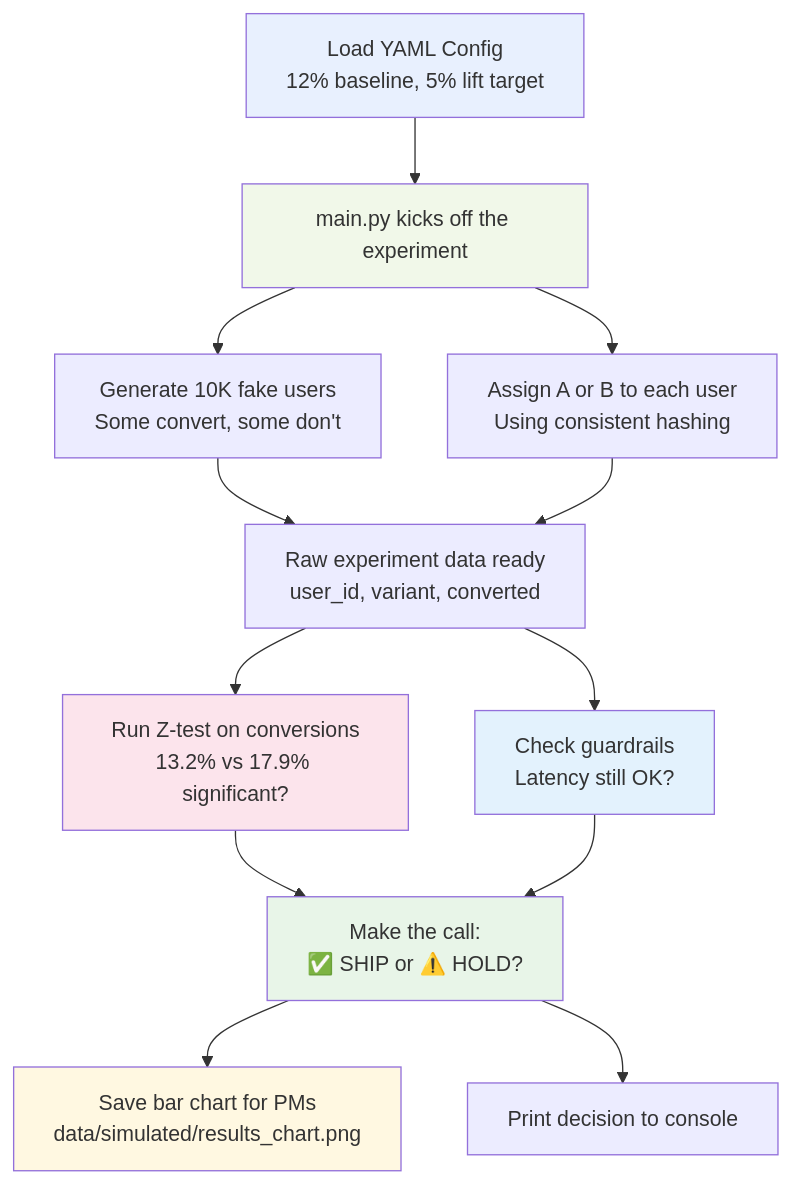
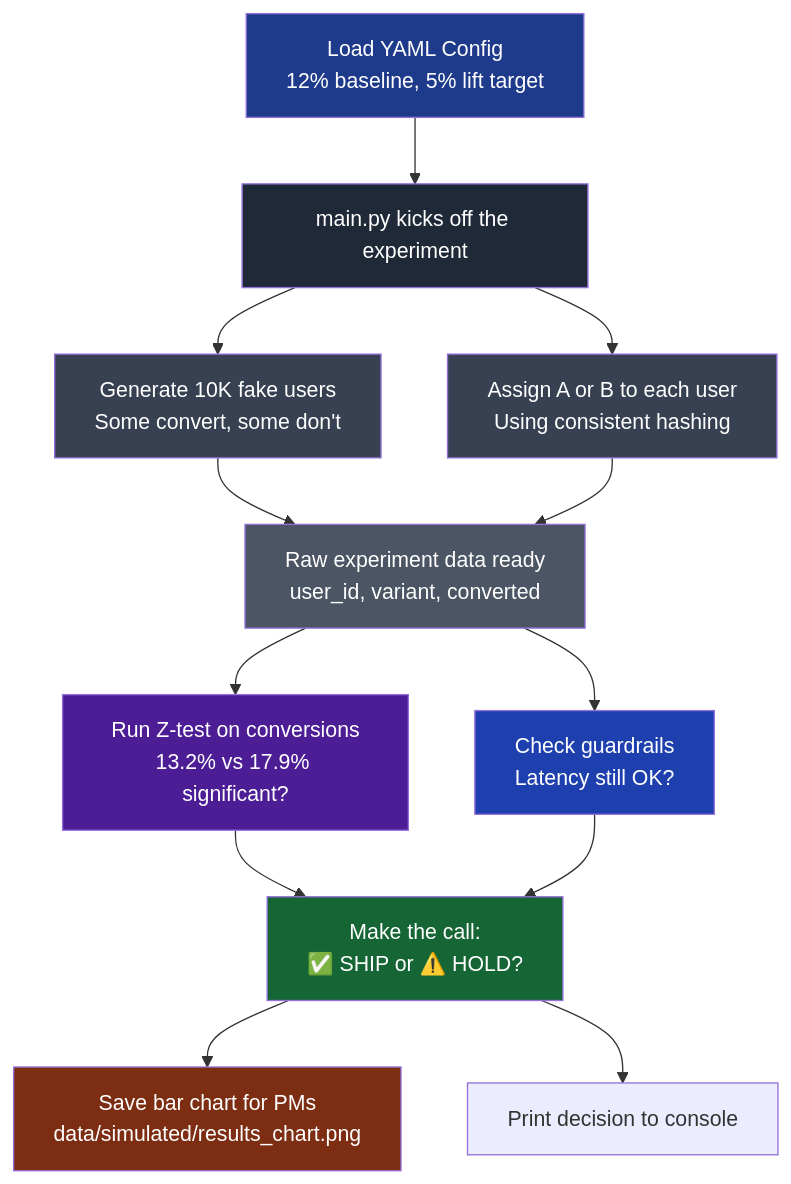
Before and after one commit to Kartz82/ab_engine: the diagram in README.md, drawn with Mermaid.

````diff
--- a/README.md
+++ b/README.md
@@ -41,27 +41,30 @@
 ```mermaid
 flowchart TD
     A["Load YAML Config<br/>12% baseline, 5% lift target"] --> B["main.py kicks off the experiment"]
     
     B --> C["Generate 10K fake users<br/>Some convert, some don't"]
     B --> D["Assign A or B to each user<br/>Using consistent hashing"]
     
     C --> E["Raw experiment data ready<br/>user_id, variant, converted"]
     D --> E
     
     E --> F["Run Z-test on conversions<br/>13.2% vs 17.9% significant?"]
     E --> G["Check guardrails<br/>Latency still OK?"]
     
     F --> H["Make the call:<br/>✅ SHIP or ⚠️ HOLD?"]
     G --> H
     
     H --> I["Save bar chart for PMs<br/>data/simulated/results_chart.png"]
     H --> J["Print decision to console"]
     
-    %% Professional Google-inspired palette
-    style A fill:#e8f0fe
-    style B fill:#f1f8e9  
-    style H fill:#e8f5e8
-    style I fill:#fff8e1
-    style F fill:#fce4ec
-    style G fill:#e3f2fd
+    %% Dark professional palette with white text contrast
+    style A fill:#1e3a8a, color:#ffffff
+    style B fill:#1f2937, color:#ffffff
+    style H fill:#166534, color:#ffffff
+    style I fill:#7c2d12, color:#ffffff
+    style F fill:#4c1d95, color:#ffffff
+    style G fill:#1e40af, color:#ffffff
+    style C fill:#374151, color:#ffffff
+    style D fill:#374151, color:#ffffff
+    style E fill:#4b5563, color:#ffffff
 ```
````
